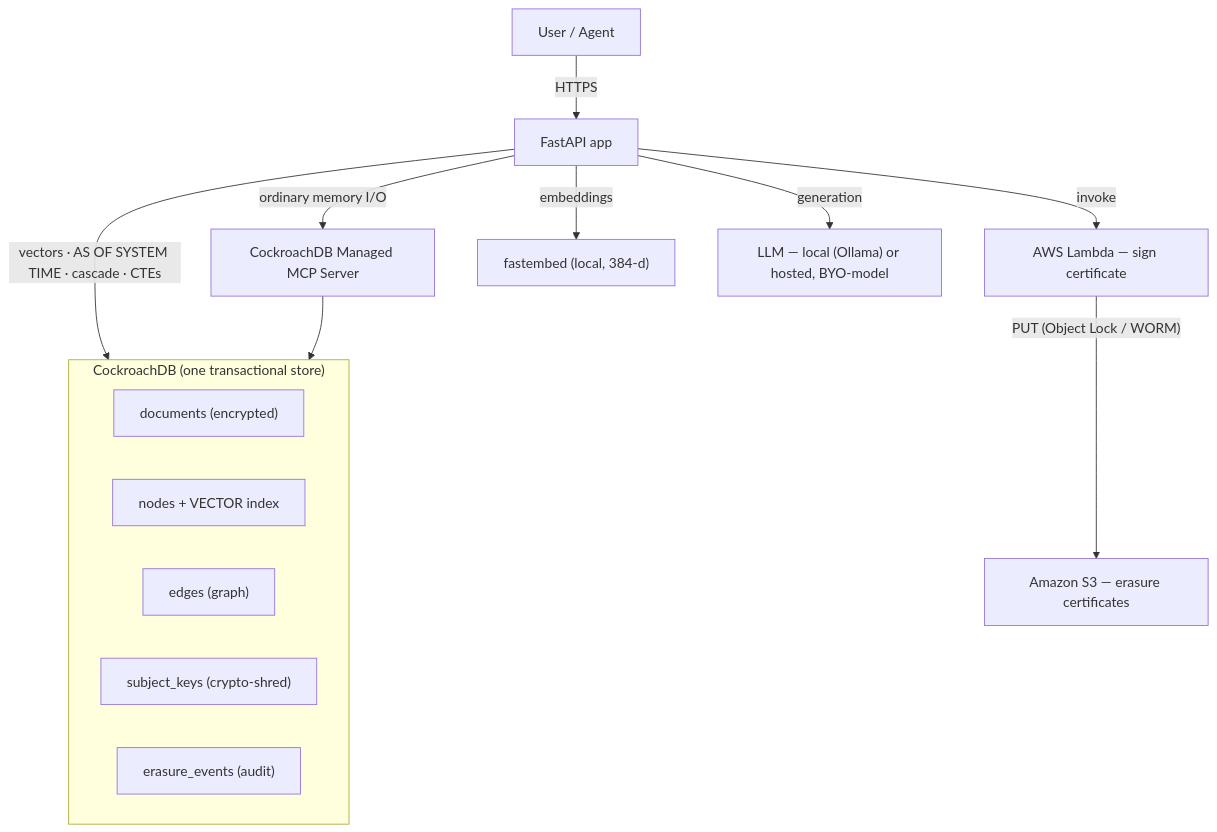
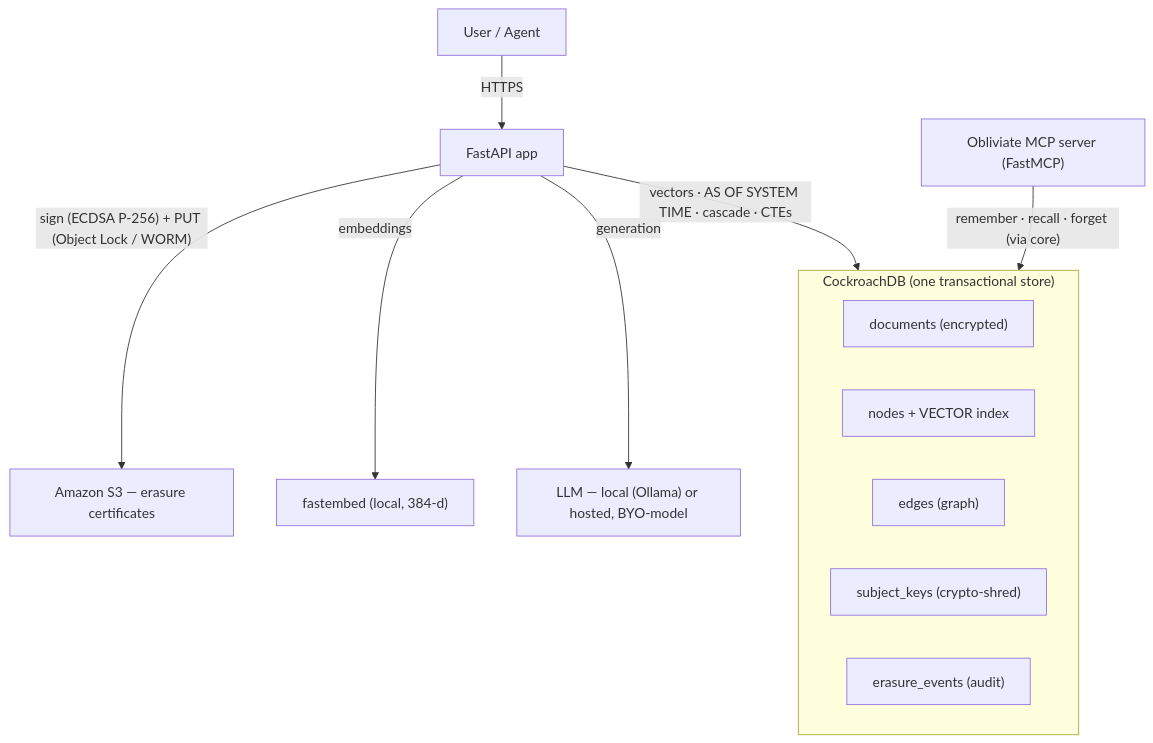
Before and after one commit to vinayaksonthalia/obliviate: the diagram in README.md, drawn with Mermaid. The commit also changed other lines of this file and 7 other files, not shown here.

````diff
--- a/README.md
+++ b/README.md
@@ -56,18 +56,16 @@
 ```mermaid
 flowchart TB
     U["User / Agent"] -->|HTTPS| API["FastAPI app"]
-    API -->|"ordinary memory I/O"| MCP["CockroachDB Managed MCP Server"]
+    MCP["Obliviate MCP server (FastMCP)"] -->|"remember · recall · forget (via core)"| CRDB
     API -->|"vectors · AS OF SYSTEM TIME · cascade · CTEs"| CRDB
-    MCP --> CRDB
     subgraph CRDB["CockroachDB (one transactional store)"]
       D["documents (encrypted)"]
       N["nodes + VECTOR index"]
       E["edges (graph)"]
       K["subject_keys (crypto-shred)"]
       EV["erasure_events (audit)"]
     end
-    API -->|"invoke"| L["AWS Lambda — sign certificate"]
-    L -->|"PUT (Object Lock / WORM)"| S3["Amazon S3 — erasure certificates"]
+    API -->|"sign (ECDSA P-256) + PUT (Object Lock / WORM)"| S3["Amazon S3 — erasure certificates"]
     API -->|"embeddings"| FE["fastembed (local, 384-d)"]
     API -->|"generation"| LLM["LLM — local (Ollama) or hosted, BYO-model"]
 ```
````
